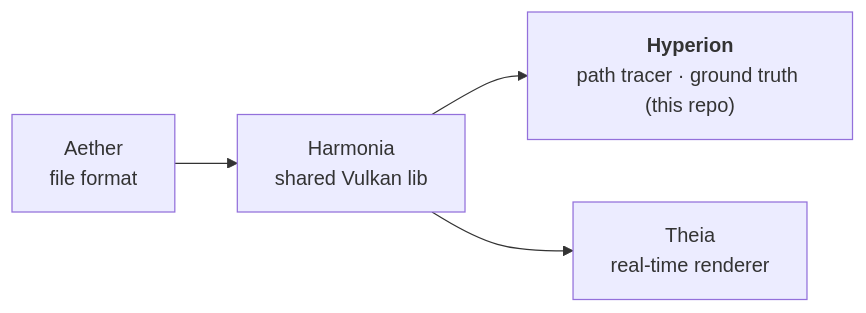
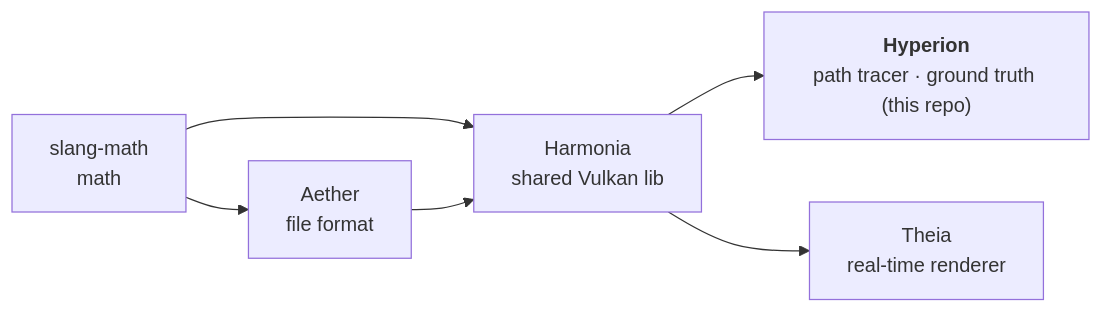
Before and after one commit to McNopper/Hyperion: the diagram in AGENTS.md, drawn with Mermaid. The commit also changed other lines of this file and 2 other files, not shown here.

````diff
--- a/AGENTS.md
+++ b/AGENTS.md
@@ -30,6 +33,8 @@
 ```mermaid
 flowchart LR
-    A["Aether<br/>file format"] --> H["Harmonia<br/>shared Vulkan lib"]
+    SM["slang-math<br/>math"] --> A["Aether<br/>file format"]
+    SM --> H
+    A --> H["Harmonia<br/>shared Vulkan lib"]
     H --> Hy["<b>Hyperion</b><br/>path tracer · ground truth (this repo)"]
     H --> T["Theia<br/>real-time renderer"]
 ```
````
